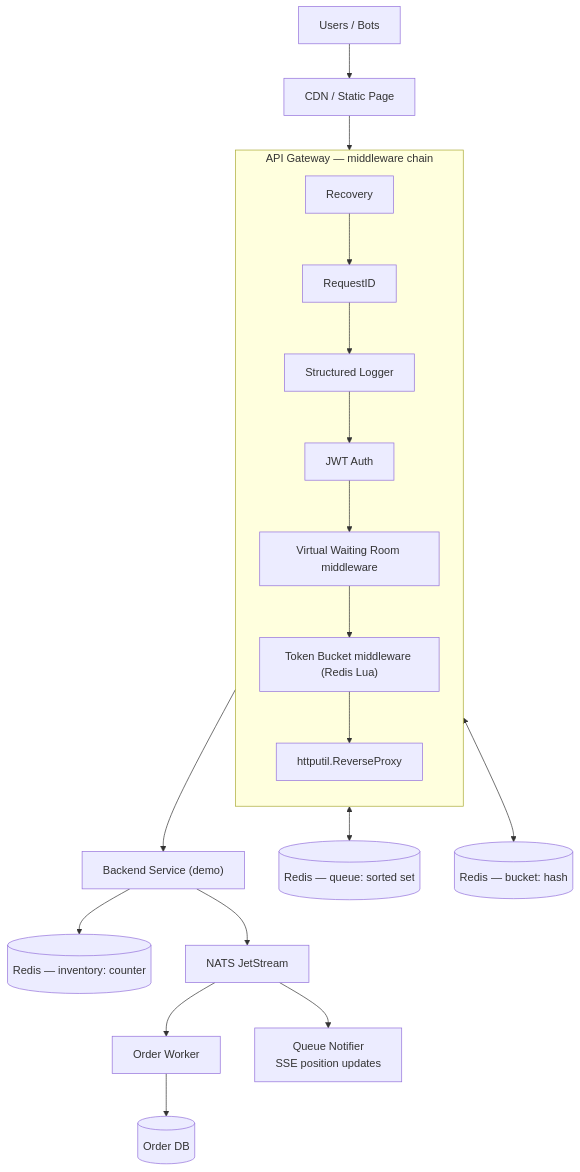
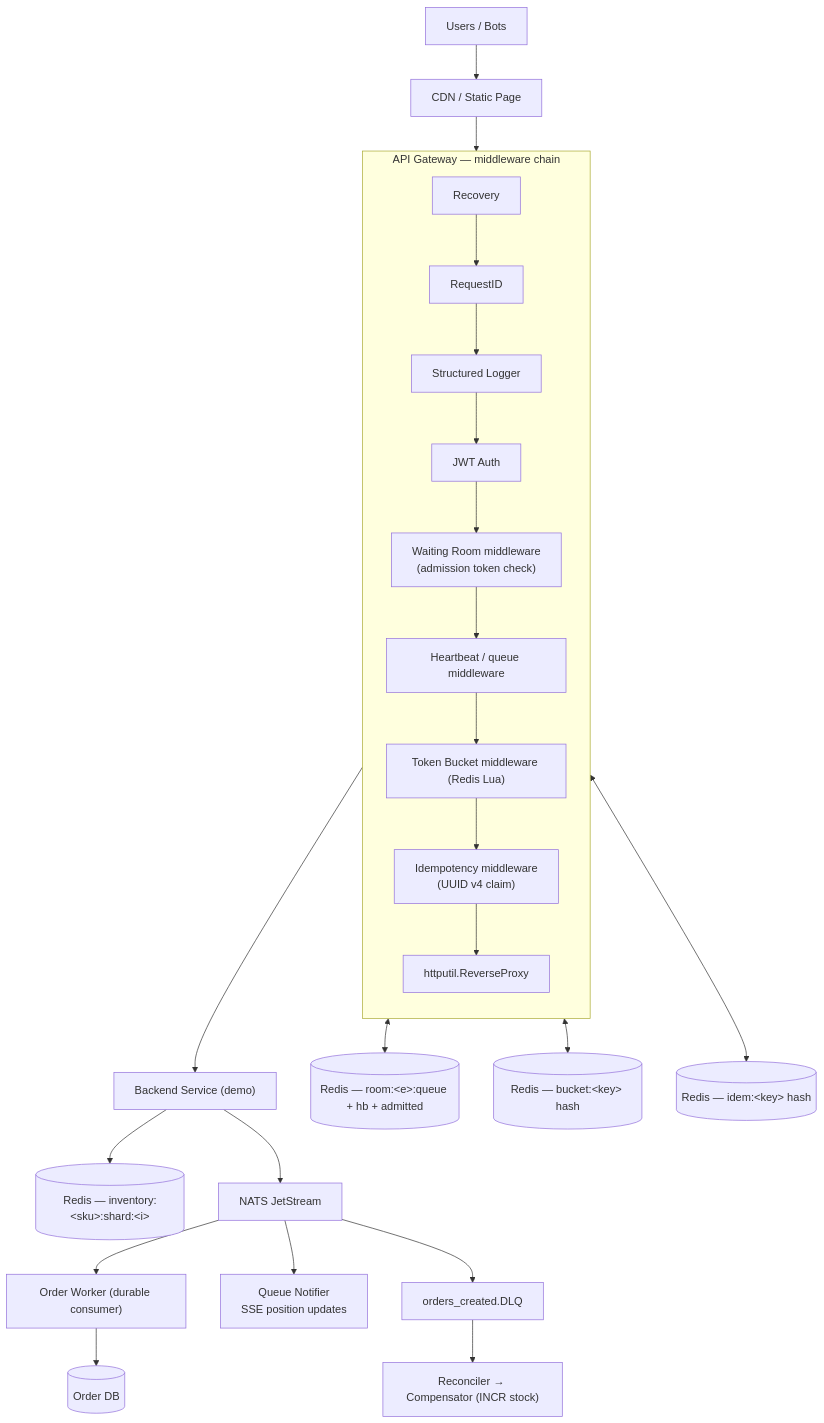
The diagram in README.md (agungprsty/openwar), drawn with Mermaid before and after one commit. The commit also changed other lines of this file, not shown here.

Commit message:
docs: add 15-min payment timeout & stock rollback design

````diff
--- a/README.md
+++ b/README.md
@@ -84,26 +97,31 @@
 ```mermaid
 flowchart TB
     U["Users / Bots"] --> CDN["CDN / Static Page"]
     CDN --> GW["API Gateway (Go net/http)"]
 
     subgraph GW["API Gateway — middleware chain"]
         direction TB
         M1[Recovery] --> M2[RequestID]
         M2 --> M3[Structured Logger]
         M3 --> M4[JWT Auth]
-        M4 --> WRM["Virtual Waiting Room middleware"]
-        WRM --> TBM["Token Bucket middleware (Redis Lua)"]
-        TBM --> RP["httputil.ReverseProxy"]
+        M4 --> WRM["Waiting Room middleware<br/>(admission token check)"]
+        WRM --> WRI["Heartbeat / queue middleware"]
+        WRI --> TBM["Token Bucket middleware (Redis Lua)"]
+        TBM --> IDM["Idempotency middleware<br/>(UUID v4 claim)"]
+        IDM --> RP["httputil.ReverseProxy"]
     end
 
     RP --> BE["Backend Service (demo)"]
 
-    WRM <--> R1[("Redis — queue:<id> sorted set")]
-    TBM <--> R2[("Redis — bucket:<key> hash")]
-    BE --> INV[("Redis — inventory:<sku> counter")]
+    WRM <--> R1[("Redis — room:&lt;e&gt;:queue + hb + admitted")]
+    TBM <--> R2[("Redis — bucket:&lt;key&gt; hash")]
+    IDM <--> R3[("Redis — idem:&lt;key&gt; hash")]
+    BE --> INV[("Redis — inventory:&lt;sku&gt;:shard:&lt;i&gt;")]
 
     BE --> JS["NATS JetStream"]
-    JS --> W1["Order Worker"]
+    JS --> W1["Order Worker (durable consumer)"]
     W1 --> DB[("Order DB")]
     JS --> W2["Queue Notifier<br/>SSE position updates"]
+    JS --> DLQ["orders_created.DLQ"]
+    DLQ --> RC["Reconciler → Compensator (INCR stock)"]
 ```
````
